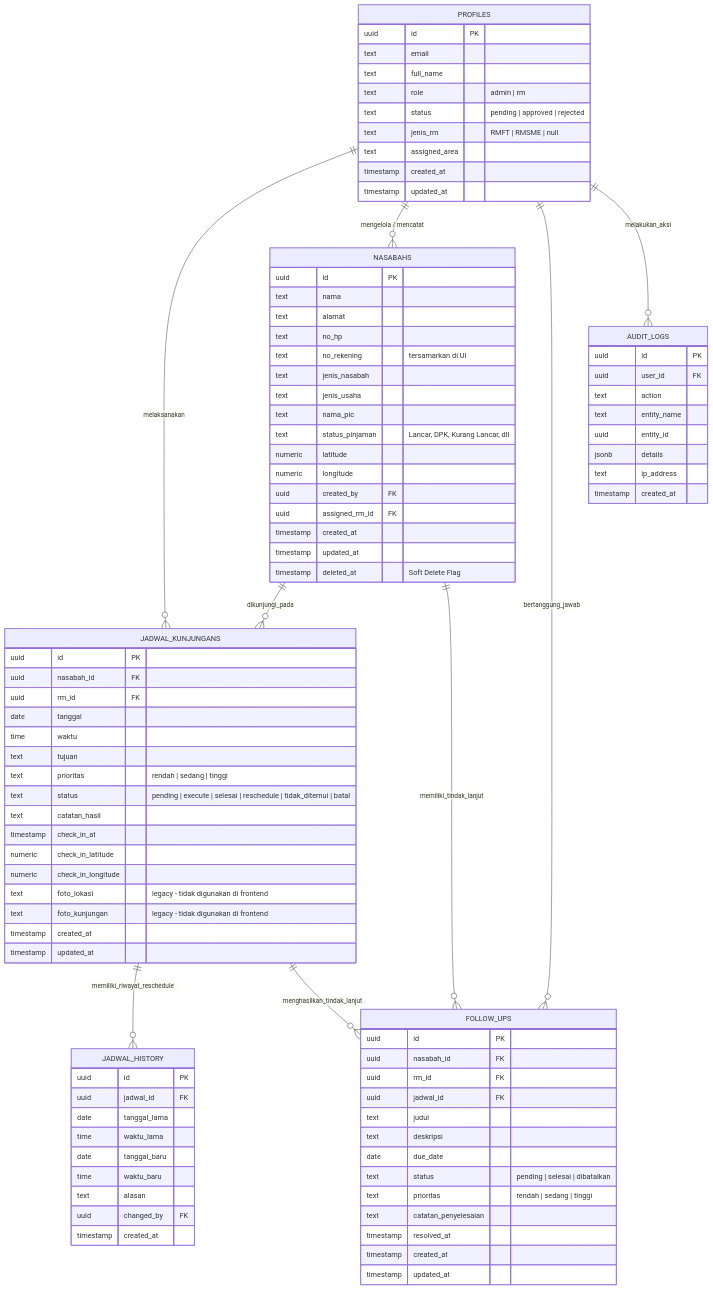
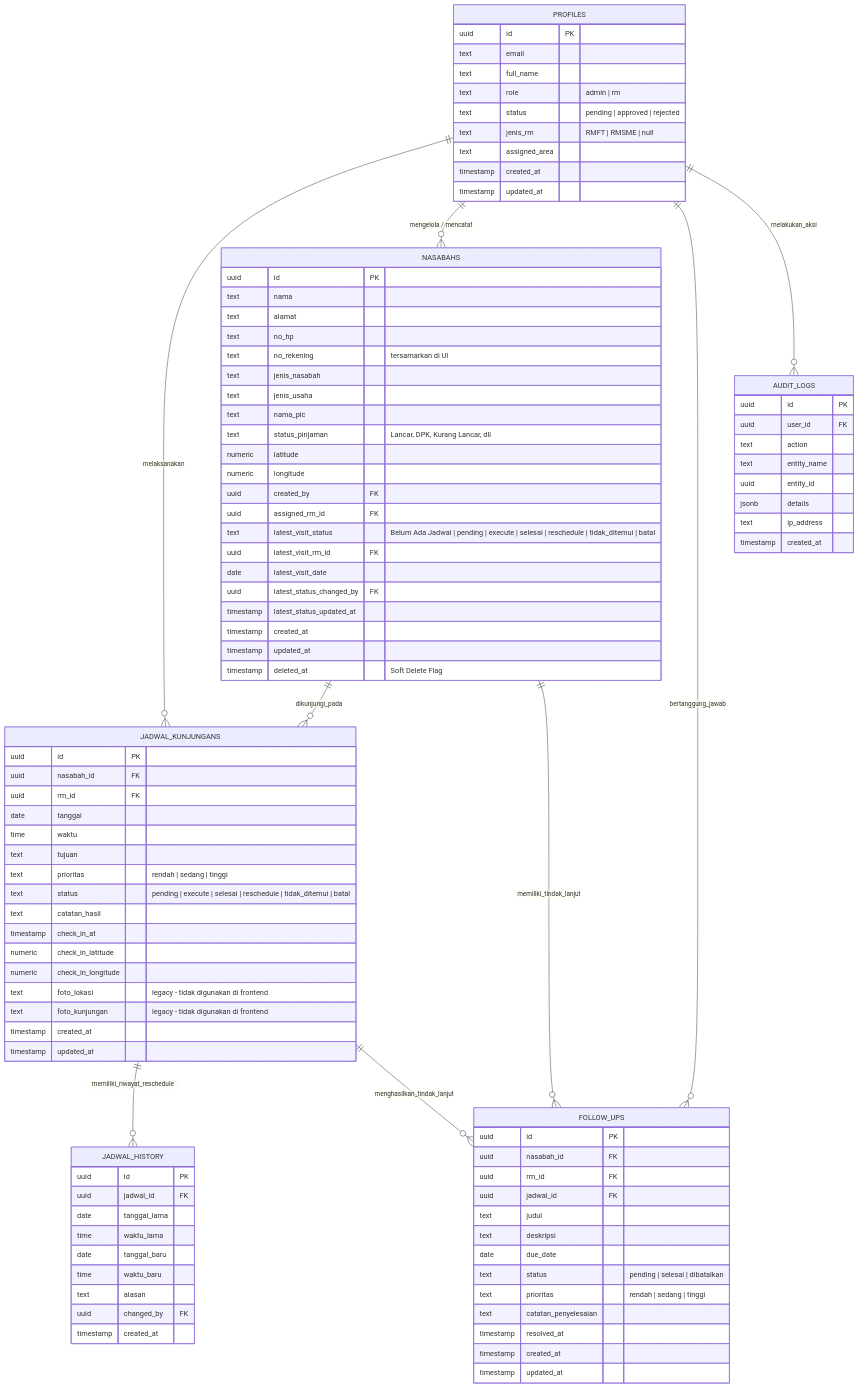
Before and after one commit to alfiqD/call-plan-bri: the fifth of 5 diagrams in PANDUAN-SISTEM.md, drawn with Mermaid. The commit also changed other lines of this file and 8 other files, not shown here.

```diff
--- a/PANDUAN-SISTEM.md
+++ b/PANDUAN-SISTEM.md
@@ -514,6 +515,11 @@
         numeric longitude
         uuid created_by FK
         uuid assigned_rm_id FK
+        text latest_visit_status "Belum Ada Jadwal | pending | execute | selesai | reschedule | tidak_ditemui | batal"
+        uuid latest_visit_rm_id FK
+        date latest_visit_date
+        uuid latest_status_changed_by FK
+        timestamp latest_status_updated_at
         timestamp created_at
         timestamp updated_at
         timestamp deleted_at "Soft Delete Flag"
```
